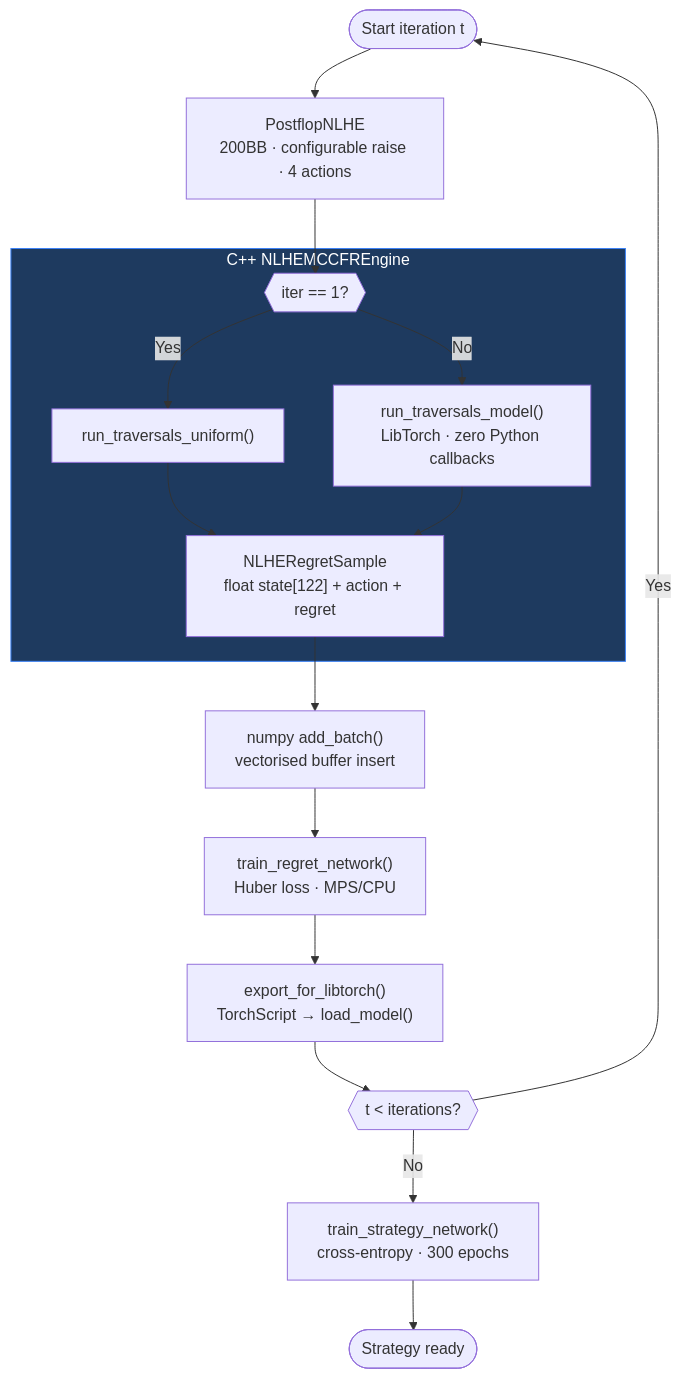
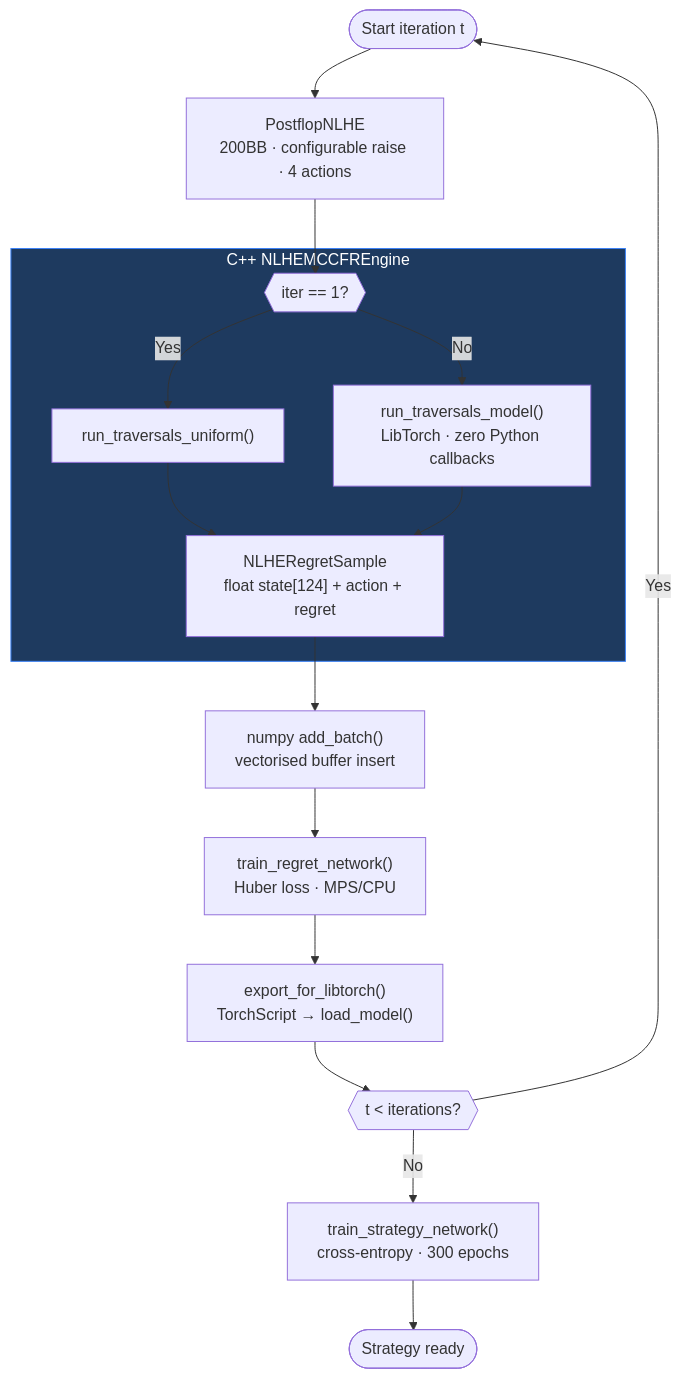
One commit to nyymuudi/imperfect-information-game changed the diagram in README.md. Above: the diagram before and after it, drawn with Mermaid. The commit also changed other lines of this file and 21 other files, not shown here.

````diff
--- a/README.md
+++ b/README.md
@@ -260,24 +260,24 @@
 ```mermaid
 flowchart TD
     A(["Start iteration t"]) --> B
 
     B["PostflopNLHE\n200BB · configurable raise · 4 actions"]
     B --> E
 
     subgraph CPP["C++ NLHEMCCFREngine"]
         E{{"iter == 1?"}}
         E -- "Yes" --> F["run_traversals_uniform()"]
         E -- "No" --> G["run_traversals_model()\nLibTorch · zero Python callbacks"]
-        F & G --> H["NLHERegretSample\nfloat state[122] + action + regret"]
+        F & G --> H["NLHERegretSample\nfloat state[124] + action + regret"]
     end
 
     H --> I["numpy add_batch()\nvectorised buffer insert"]
     I --> J["train_regret_network()\nHuber loss · MPS/CPU"]
     J --> K["export_for_libtorch()\nTorchScript → load_model()"]
     K --> M{{"t < iterations?"}}
     M -- "Yes" --> A
     M -- "No" --> N["train_strategy_network()\ncross-entropy · 300 epochs"]
     N --> O(["Strategy ready"])
 
     style CPP fill:#1e3a5f,color:#fff,stroke:#3b82f6
 ```
````
